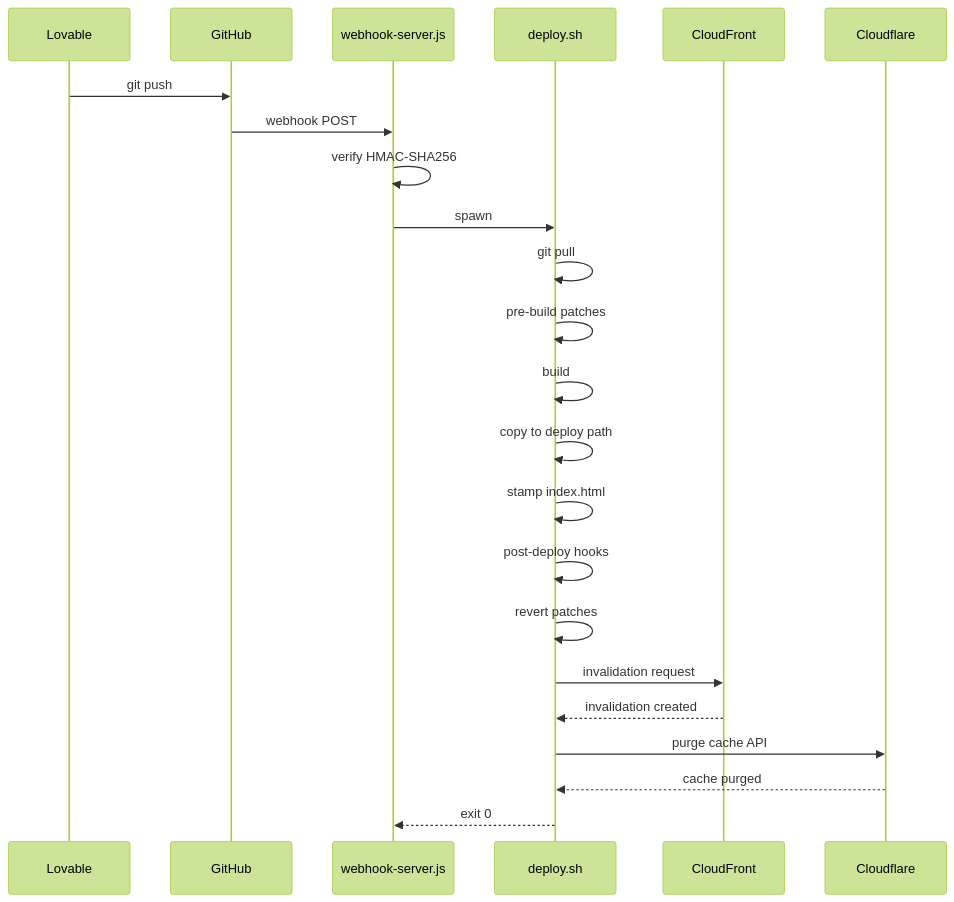
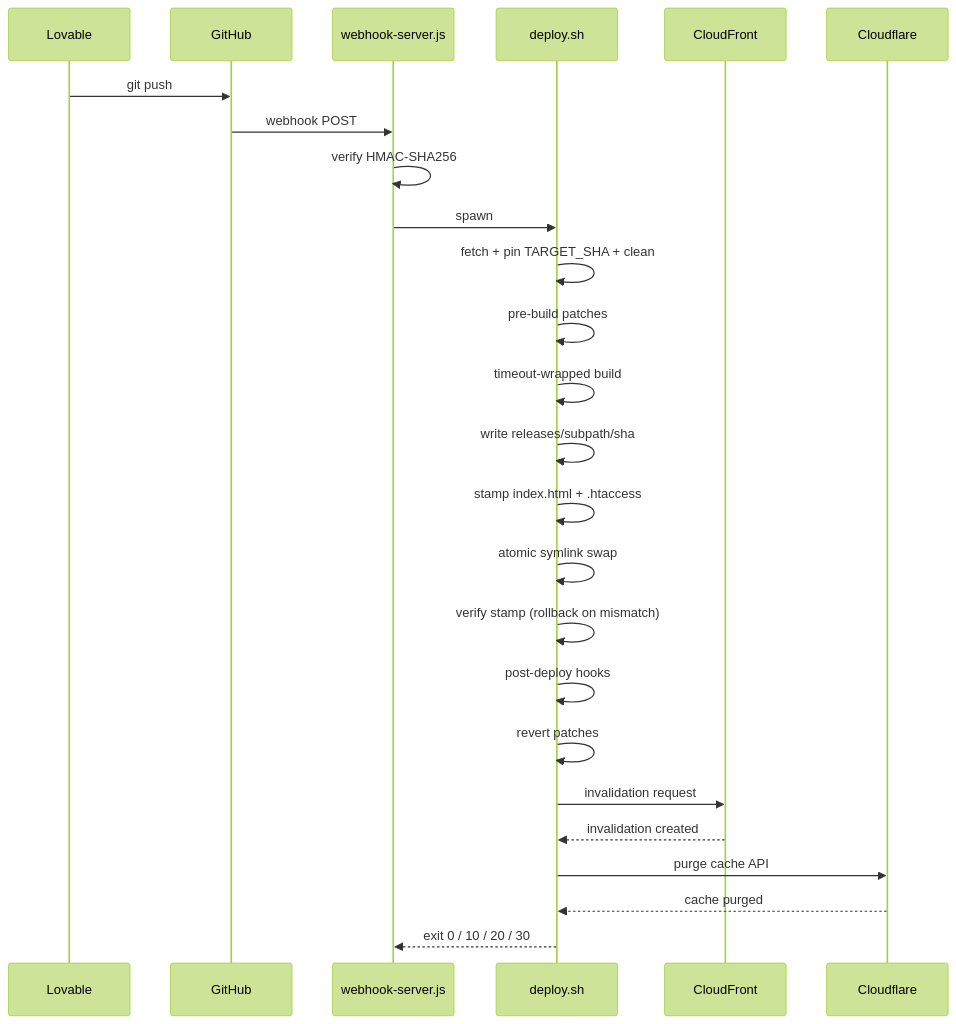
Before and after one commit to sharpsir-group/github-watcher: the diagram in README.md, drawn with Mermaid (forest theme). The commit also changed other lines of this file and 4 other files, not shown here.

````diff
--- a/README.md
+++ b/README.md
@@ -72,27 +77,29 @@
 ```mermaid
 sequenceDiagram
     participant L as Lovable
     participant GH as GitHub
     participant WH as webhook-server.js
     participant DS as deploy.sh
     participant CF as CloudFront
     participant CFL as Cloudflare
 
     L->>GH: git push
     GH->>WH: webhook POST
     WH->>WH: verify HMAC-SHA256
     WH->>DS: spawn
 
-    DS->>DS: git pull
+    DS->>DS: fetch + pin TARGET_SHA + clean
     DS->>DS: pre-build patches
-    DS->>DS: build
-    DS->>DS: copy to deploy path
-    DS->>DS: stamp index.html
+    DS->>DS: timeout-wrapped build
+    DS->>DS: write releases/subpath/sha
+    DS->>DS: stamp index.html + .htaccess
+    DS->>DS: atomic symlink swap
+    DS->>DS: verify stamp (rollback on mismatch)
     DS->>DS: post-deploy hooks
     DS->>DS: revert patches
     DS->>CF: invalidation request
     CF-->>DS: invalidation created
     DS->>CFL: purge cache API
     CFL-->>DS: cache purged
-    DS-->>WH: exit 0
+    DS-->>WH: exit 0 / 10 / 20 / 30
 ```
````
